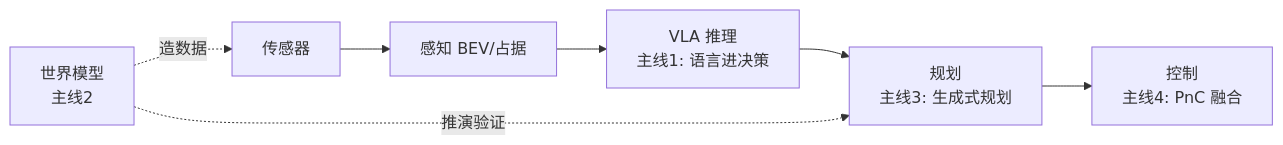
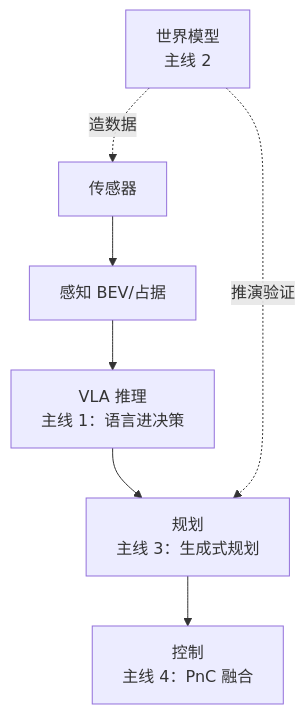
One commit to salad18/AutoDriveLearningNote changed the diagram in 10-前沿追踪/端到端前沿2025+.md. Above: the diagram before and after it, drawn with Mermaid. The commit also changed 40 other files, not shown here.

First line of the commit message:
docs: 新增数据闭环/面试/热点系列笔记，mermaid 图统一竖排

````diff
--- a/10-前沿追踪/端到端前沿2025+.md
+++ b/10-前沿追踪/端到端前沿2025+.md
@@ -164,9 +164,9 @@
 ```mermaid
-graph LR
+flowchart TD
     A[传感器] --> B[感知 BEV/占据]
-    B --> C[VLA 推理<br/>主线1: 语言进决策]
-    C --> D[规划<br/>主线3: 生成式规划]
-    D --> E[控制<br/>主线4: PnC 融合]
-    F[世界模型<br/>主线2] -.->|造数据| A
-    F -.->|推演验证| D
+    B --> C[VLA 推理<br/>主线 1：语言进决策]
+    C --> D[规划<br/>主线 3：生成式规划]
+    D --> E[控制<br/>主线 4：PnC 融合]
+    F[世界模型<br/>主线 2] -.造数据.-> A
+    F -.推演验证.-> D
 ```
````
